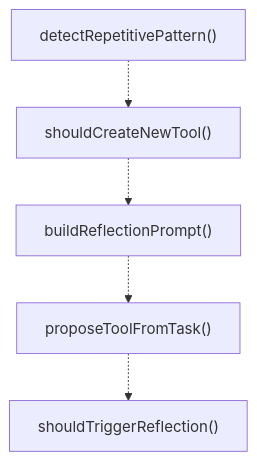
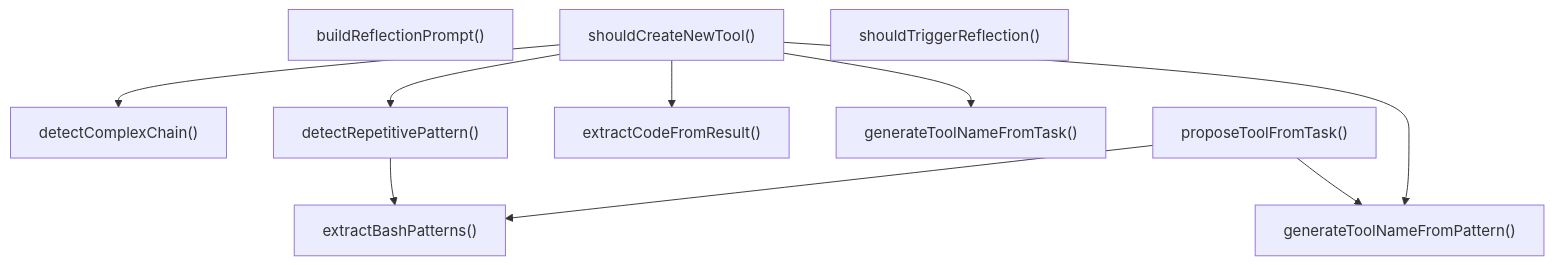
Before and after one commit to Mekann2904/mekann: the second of 3 diagrams in ABDD/.pi/lib/dynamic-tools/reflection.md, drawn with Mermaid. The commit also changed other lines of this file and 277 other files, not shown here.

````diff
--- a/ABDD/.pi/lib/dynamic-tools/reflection.md
+++ b/ABDD/.pi/lib/dynamic-tools/reflection.md
@@ -51,12 +51,21 @@
 ```mermaid
 flowchart TD
+  buildReflectionPrompt["buildReflectionPrompt()"]
+  detectComplexChain["detectComplexChain()"]
   detectRepetitivePattern["detectRepetitivePattern()"]
+  extractBashPatterns["extractBashPatterns()"]
+  extractCodeFromResult["extractCodeFromResult()"]
+  generateToolNameFromPattern["generateToolNameFromPattern()"]
+  generateToolNameFromTask["generateToolNameFromTask()"]
+  proposeToolFromTask["proposeToolFromTask()"]
   shouldCreateNewTool["shouldCreateNewTool()"]
-  buildReflectionPrompt["buildReflectionPrompt()"]
-  proposeToolFromTask["proposeToolFromTask()"]
   shouldTriggerReflection["shouldTriggerReflection()"]
-  detectRepetitivePattern -.-> shouldCreateNewTool
-  shouldCreateNewTool -.-> buildReflectionPrompt
-  buildReflectionPrompt -.-> proposeToolFromTask
-  proposeToolFromTask -.-> shouldTriggerReflection
+  detectRepetitivePattern --> extractBashPatterns
+  proposeToolFromTask --> extractBashPatterns
+  proposeToolFromTask --> generateToolNameFromPattern
+  shouldCreateNewTool --> detectComplexChain
+  shouldCreateNewTool --> detectRepetitivePattern
+  shouldCreateNewTool --> extractCodeFromResult
+  shouldCreateNewTool --> generateToolNameFromPattern
+  shouldCreateNewTool --> generateToolNameFromTask
 ```
````
